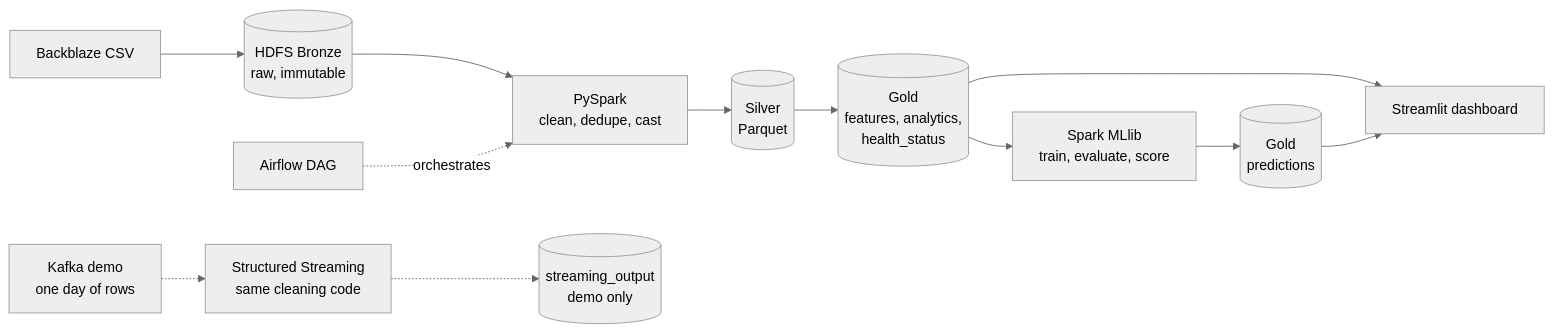
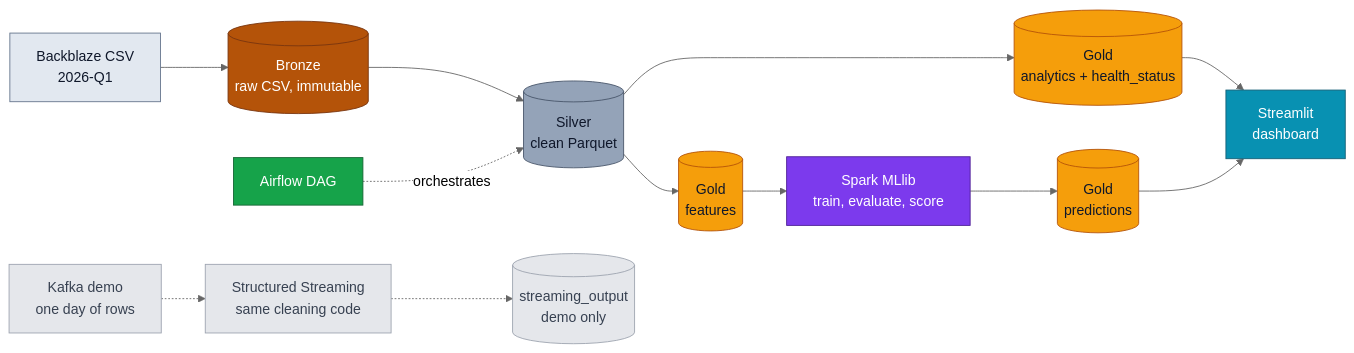
One commit to ReubenKhangNguyen/smart-drive-failure changed the diagram in README.md. Above: the diagram before and after it, drawn with Mermaid (neutral theme). The commit also changed other lines of this file and 2 other files, not shown here.

````diff
--- a/README.md
+++ b/README.md
@@ -31,13 +75,21 @@
 ```mermaid
 flowchart LR
-    A[Backblaze CSV] --> B[(HDFS Bronze<br/>raw, immutable)]
-    B --> C[PySpark<br/>clean, dedupe, cast]
-    C --> D[(Silver<br/>Parquet)]
-    D --> E[(Gold<br/>features, analytics,<br/>health_status)]
-    E --> F[Spark MLlib<br/>train, evaluate, score]
-    F --> G[(Gold<br/>predictions)]
-    E --> H[Streamlit dashboard]
-    G --> H
-    K[Kafka demo<br/>one day of rows] -.-> S[Structured Streaming<br/>same cleaning code] -.-> P[(streaming_output<br/>demo only)]
-    AF[Airflow DAG] -. orchestrates .-> C
+    SRC["Backblaze CSV<br/>2026-Q1"]:::src --> BR[("Bronze<br/>raw CSV, immutable")]:::bronze
+    BR --> SI[("Silver<br/>clean Parquet")]:::silver
+    SI --> GF[("Gold<br/>features")]:::gold
+    SI --> GA[("Gold<br/>analytics + health_status")]:::gold
+    GF --> ML["Spark MLlib<br/>train, evaluate, score"]:::ml
+    ML --> GP[("Gold<br/>predictions")]:::gold
+    GA --> UI["Streamlit<br/>dashboard"]:::ui
+    GP --> UI
+    KF["Kafka demo<br/>one day of rows"]:::demo -.-> SS["Structured Streaming<br/>same cleaning code"]:::demo -.-> OUT[("streaming_output<br/>demo only")]:::demo
+    AF["Airflow DAG"]:::orch -.->|orchestrates| SI
+    classDef src fill:#e2e8f0,stroke:#64748b,color:#0f172a
+    classDef bronze fill:#b45309,stroke:#78350f,color:#ffffff
+    classDef silver fill:#94a3b8,stroke:#475569,color:#0f172a
+    classDef gold fill:#f59e0b,stroke:#b45309,color:#0f172a
+    classDef ml fill:#7c3aed,stroke:#4c1d95,color:#ffffff
+    classDef ui fill:#0891b2,stroke:#155e75,color:#ffffff
+    classDef demo fill:#e5e7eb,stroke:#9ca3af,color:#374151
+    classDef orch fill:#16a34a,stroke:#166534,color:#ffffff
 ```
````
